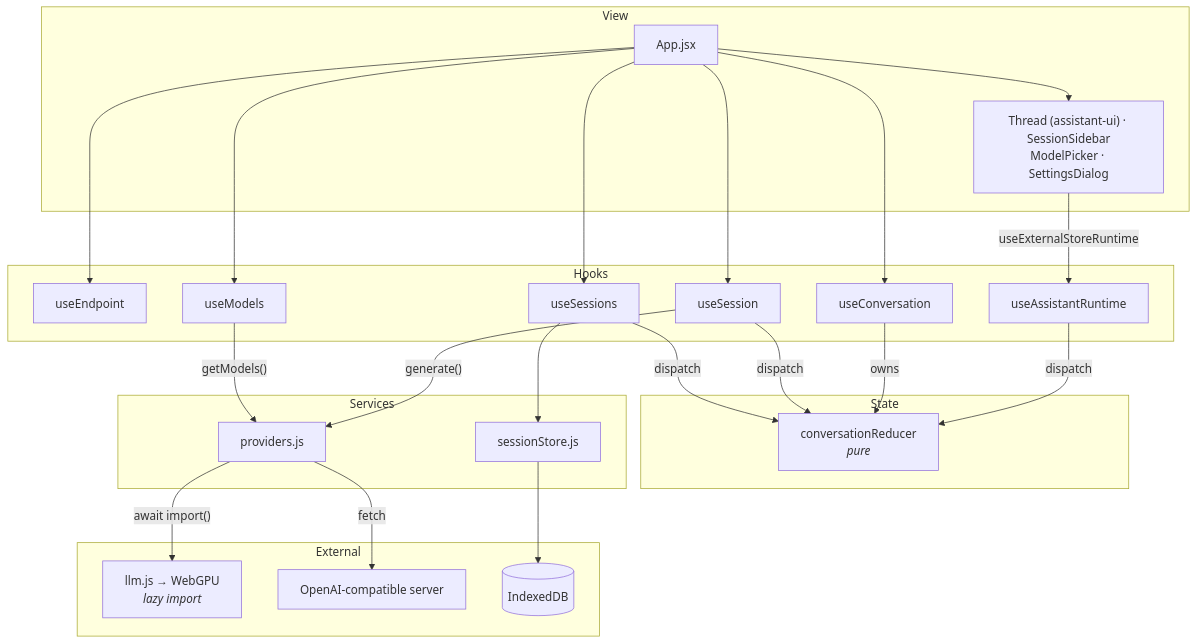
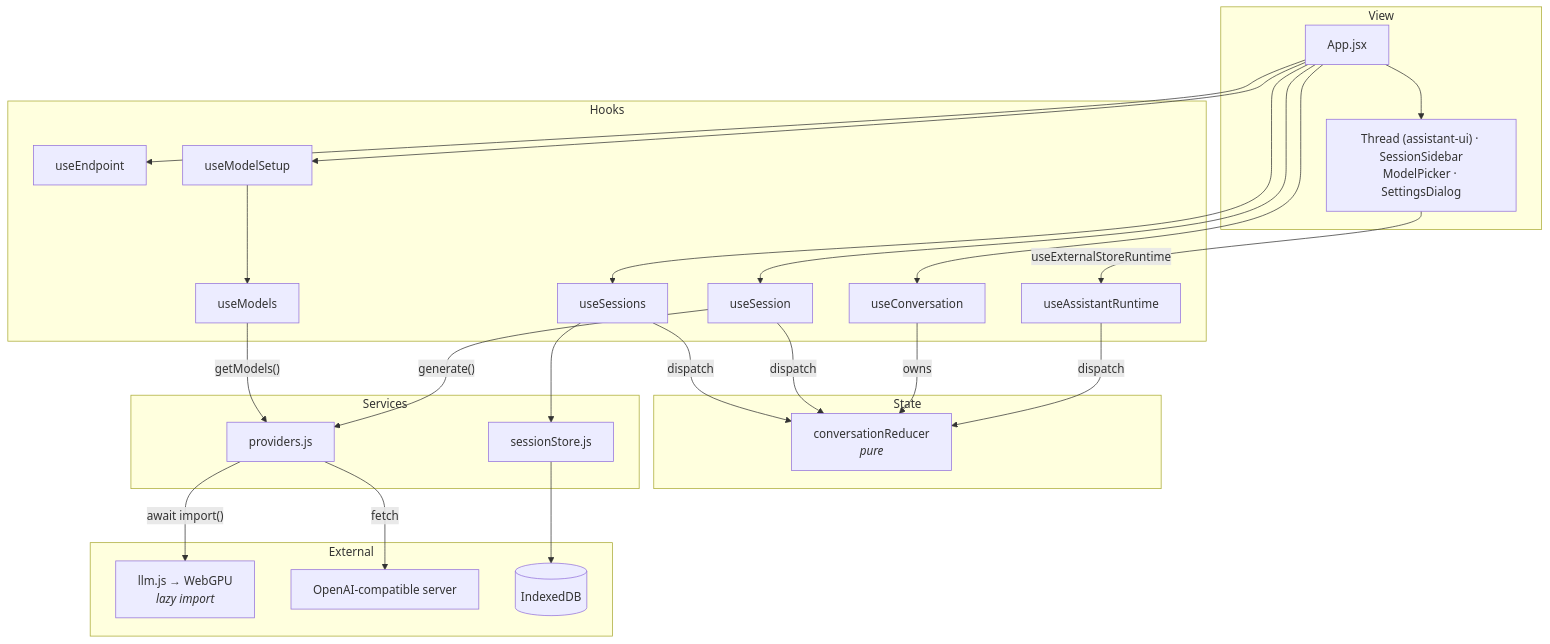
One commit to classiccosta/lime-local-ai changed the first of 4 diagrams in docs/architecture.md. Above: the diagram before and after it, drawn with Mermaid. The commit also changed other lines of this file and 6 other files, not shown here.

First line of the commit message:
refactor: split App.jsx into pickerItems, SettingsContent and useModelSetup (s3-01) (#50)

````diff
--- a/docs/architecture.md
+++ b/docs/architecture.md
@@ -72,48 +72,50 @@
 ```mermaid
 flowchart TD
   subgraph view["View"]
     App["App.jsx"]
     Cmp["Thread (assistant-ui) · SessionSidebar<br/>ModelPicker · SettingsDialog"]
   end
 
   subgraph hooks["Hooks"]
     UE["useEndpoint"]
     UAR["useAssistantRuntime"]
+    UMS["useModelSetup"]
     UM["useModels"]
     UC["useConversation"]
     US["useSession"]
     USS["useSessions"]
   end
 
   subgraph state["State"]
     R["conversationReducer<br/><i>pure</i>"]
   end
 
   subgraph services["Services"]
     P["providers.js"]
     Store["sessionStore.js"]
   end
 
   subgraph ext["External"]
     LLM["llm.js → WebGPU<br/><i>lazy import</i>"]
     API["OpenAI-compatible server"]
     IDB[("IndexedDB")]
   end
 
   App --> Cmp
-  App --> UE & UM & UC & US & USS
+  App --> UE & UMS & UC & US & USS
+  UMS --> UM
   Cmp -- "useExternalStoreRuntime" --> UAR
   UAR -- "dispatch" --> R
 
   UC -- "owns" --> R
   US -- "dispatch" --> R
   USS -- "dispatch" --> R
 
   US -- "generate()" --> P
   UM -- "getModels()" --> P
   USS --> Store
 
   P -- "await import()" --> LLM
   P -- "fetch" --> API
   Store --> IDB
 ```
````
